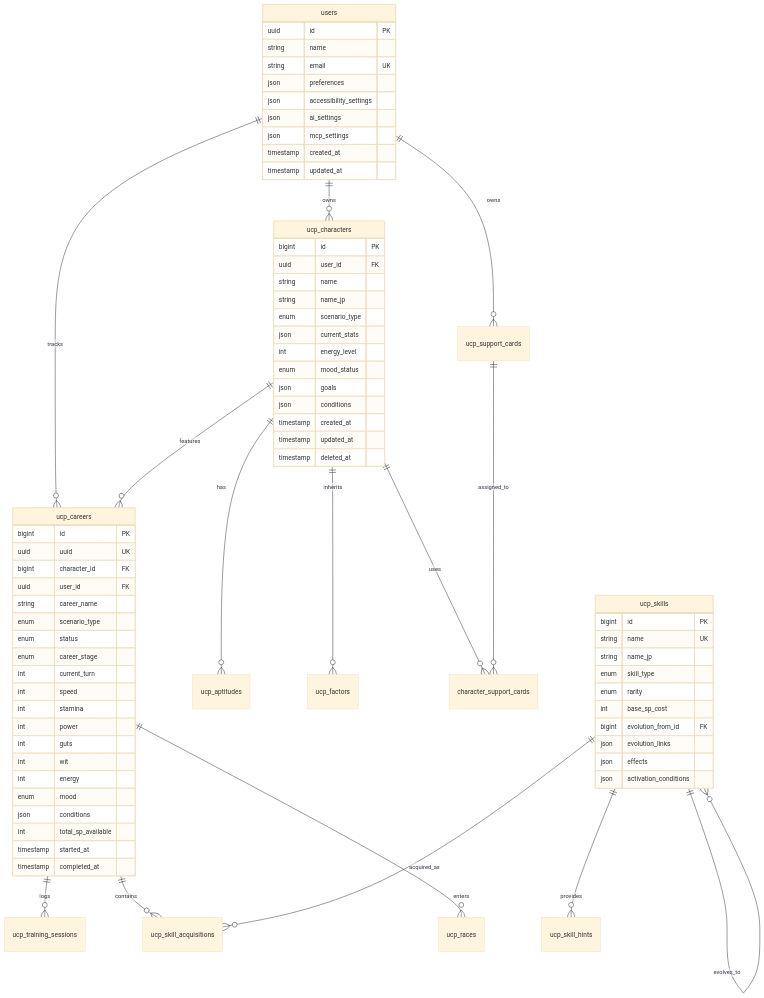
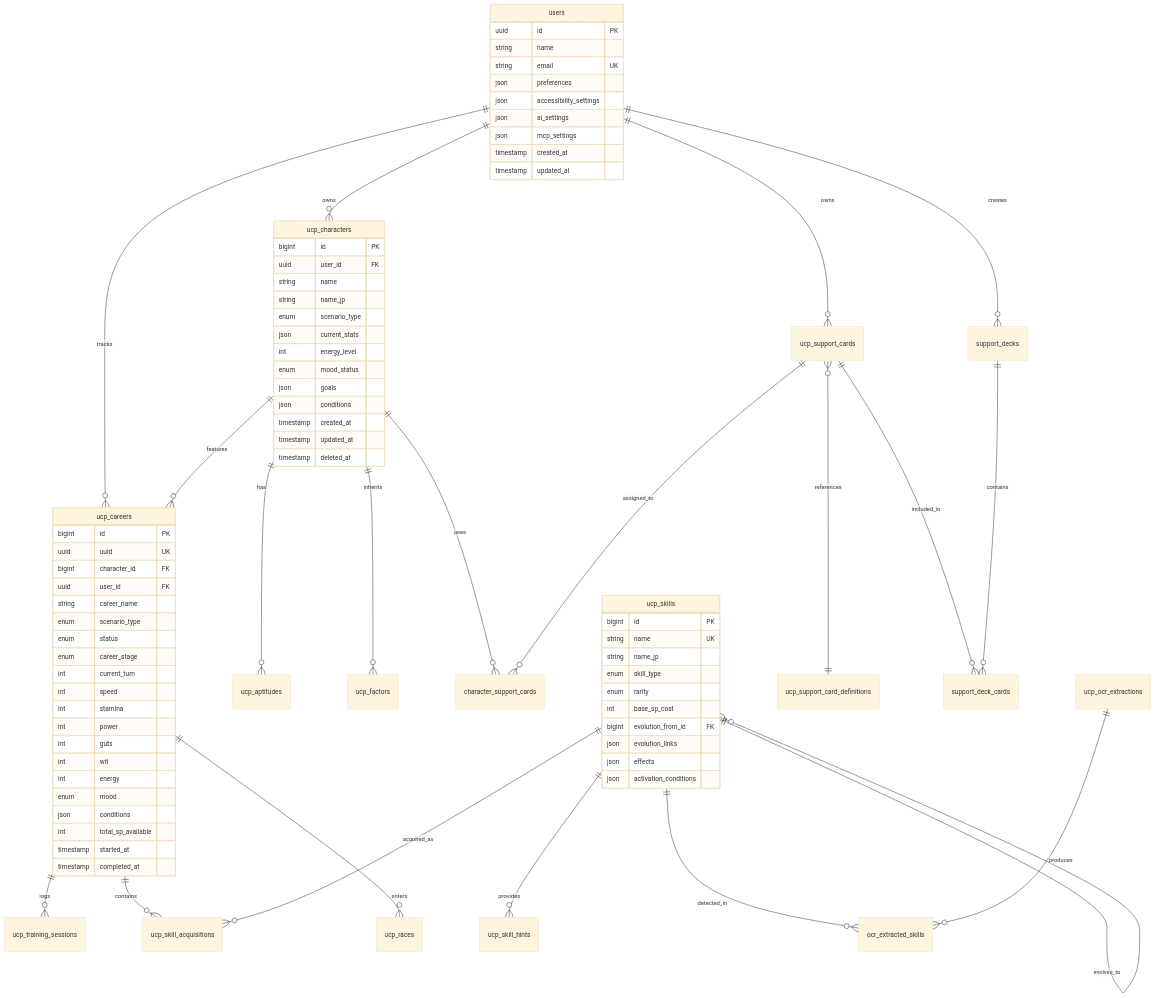
Before and after one commit to exatfrds67/umamusume-career-planner: the third of 13 diagrams in docs/01-diagrams/entity-relationship-diagram.md, drawn with Mermaid (base theme). The commit also changed other lines of this file and 18 other files, not shown here.

```diff
--- a/docs/01-diagrams/entity-relationship-diagram.md
+++ b/docs/01-diagrams/entity-relationship-diagram.md
@@ -173,6 +177,7 @@
     users ||--o{ ucp_characters : owns
     users ||--o{ ucp_careers : tracks
     users ||--o{ ucp_support_cards : owns
+    users ||--o{ support_decks : creates
     
     ucp_characters ||--o{ ucp_careers : features
     ucp_characters ||--o{ ucp_aptitudes : has
@@ -186,8 +191,15 @@
     ucp_skills ||--o{ ucp_skill_hints : provides
     ucp_skills ||--o{ ucp_skill_acquisitions : acquired_as
     ucp_skills ||--o{ ucp_skills : evolves_to
+    ucp_skills ||--o{ ocr_extracted_skills : detected_in
     
     ucp_support_cards ||--o{ character_support_cards : assigned_to
+    ucp_support_cards }o--|| ucp_support_card_definitions : references
+    ucp_support_cards ||--o{ support_deck_cards : included_in
+    
+    support_decks ||--o{ support_deck_cards : contains
+    
+    ucp_ocr_extractions ||--o{ ocr_extracted_skills : produces
     
     users {
         uuid id PK
```
